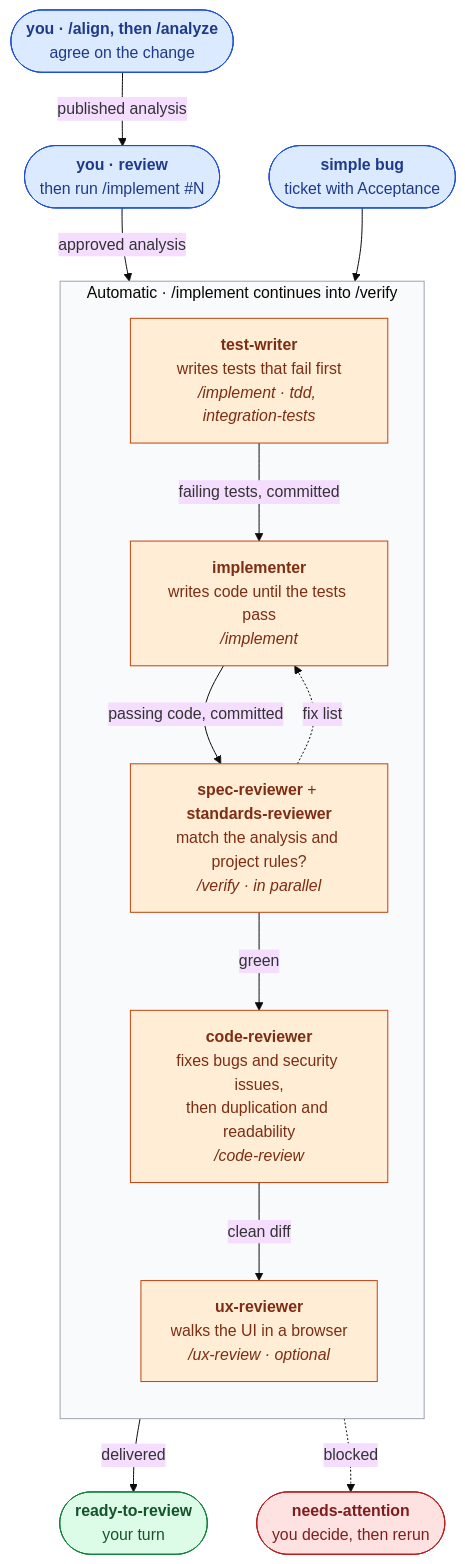
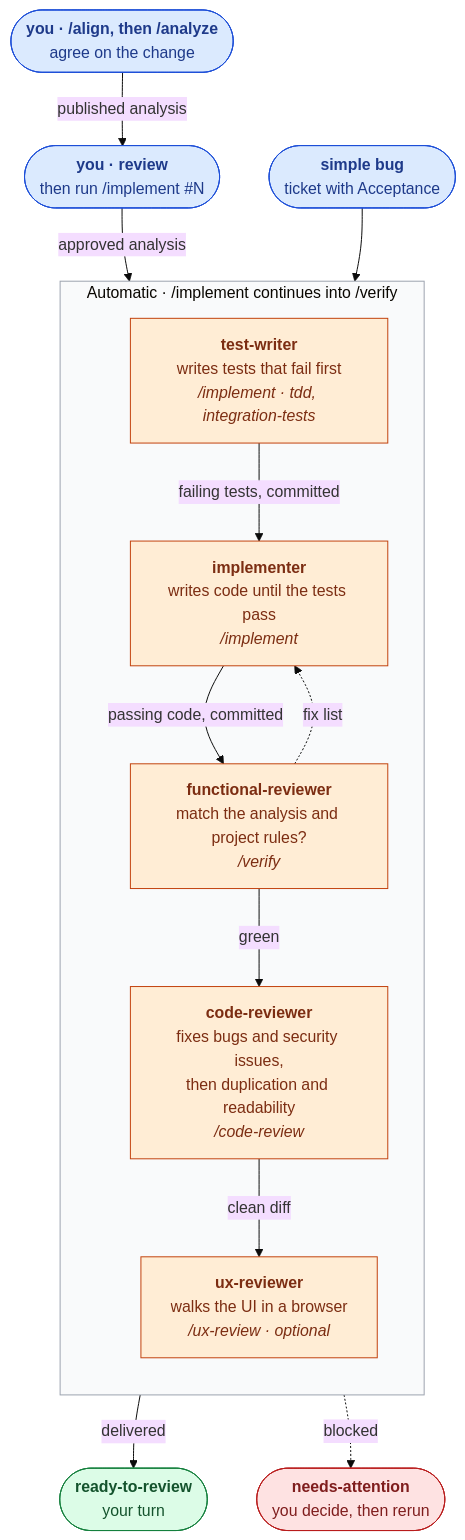
Before and after one commit to rdurica/enterprise-engineering-skills: the diagram in README.md, drawn with Mermaid (base theme). The commit also changed other lines of this file and 9 other files, not shown here.

````diff
--- a/README.md
+++ b/README.md
@@ -22,39 +22,39 @@
 ```mermaid
 flowchart TD
     Align(["<b>you · /align, then /analyze</b><br/>agree on the change"])
     Review(["<b>you · review</b><br/>then run /implement #N"])
     Bug(["<b>simple bug</b><br/>ticket with Acceptance"])
 
     subgraph Auto["Automatic · /implement continues into /verify"]
         direction TB
         testWriter["<b>test-writer</b><br/>writes tests that fail first<br/><i>/implement · tdd, integration-tests</i>"]
         implementer["<b>implementer</b><br/>writes code until the tests pass<br/><i>/implement</i>"]
-        functional["<b>spec-reviewer</b> + <b>standards-reviewer</b><br/>match the analysis and project rules?<br/><i>/verify · in parallel</i>"]
+        functional["<b>functional-reviewer</b><br/>match the analysis and project rules?<br/><i>/verify</i>"]
         codeReview["<b>code-reviewer</b><br/>fixes bugs and security issues,<br/>then duplication and readability<br/><i>/code-review</i>"]
         ux["<b>ux-reviewer</b><br/>walks the UI in a browser<br/><i>/ux-review · optional</i>"]
 
         testWriter -- "failing tests, committed" --> implementer
         implementer -- "passing code, committed" --> functional
         functional -. "fix list" .-> implementer
         functional -- "green" --> codeReview
         codeReview -- "clean diff" --> ux
     end
 
     Ready(["<b>ready-to-review</b><br/>your turn"])
     Attention(["<b>needs-attention</b><br/>you decide, then rerun"])
 
     Align -- "published analysis" --> Review -- "approved analysis" --> testWriter
     Bug --> testWriter
     ux -- "delivered" --> Ready
     Auto -. "blocked" .-> Attention
 
     classDef human fill:#dbeafe,stroke:#1d4ed8,color:#1e3a8a
     classDef agent fill:#ffedd5,stroke:#c2410c,color:#7c2d12
     classDef ready fill:#dcfce7,stroke:#15803d,color:#14532d
     classDef blocked fill:#fee2e2,stroke:#b91c1c,color:#7f1d1d
     class Align,Review,Bug human
     class testWriter,implementer,functional,codeReview,ux agent
     class Ready ready
     class Attention blocked
     style Auto fill:#f9fafb,stroke:#9ca3af
 ```
````
